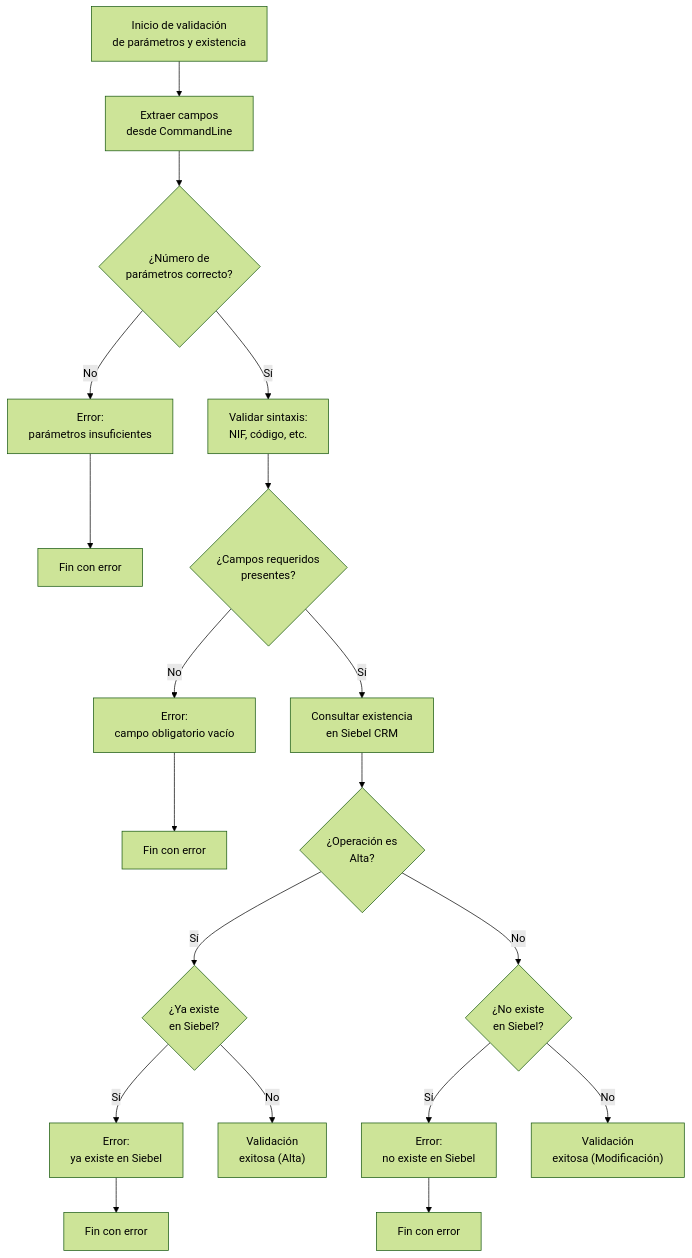
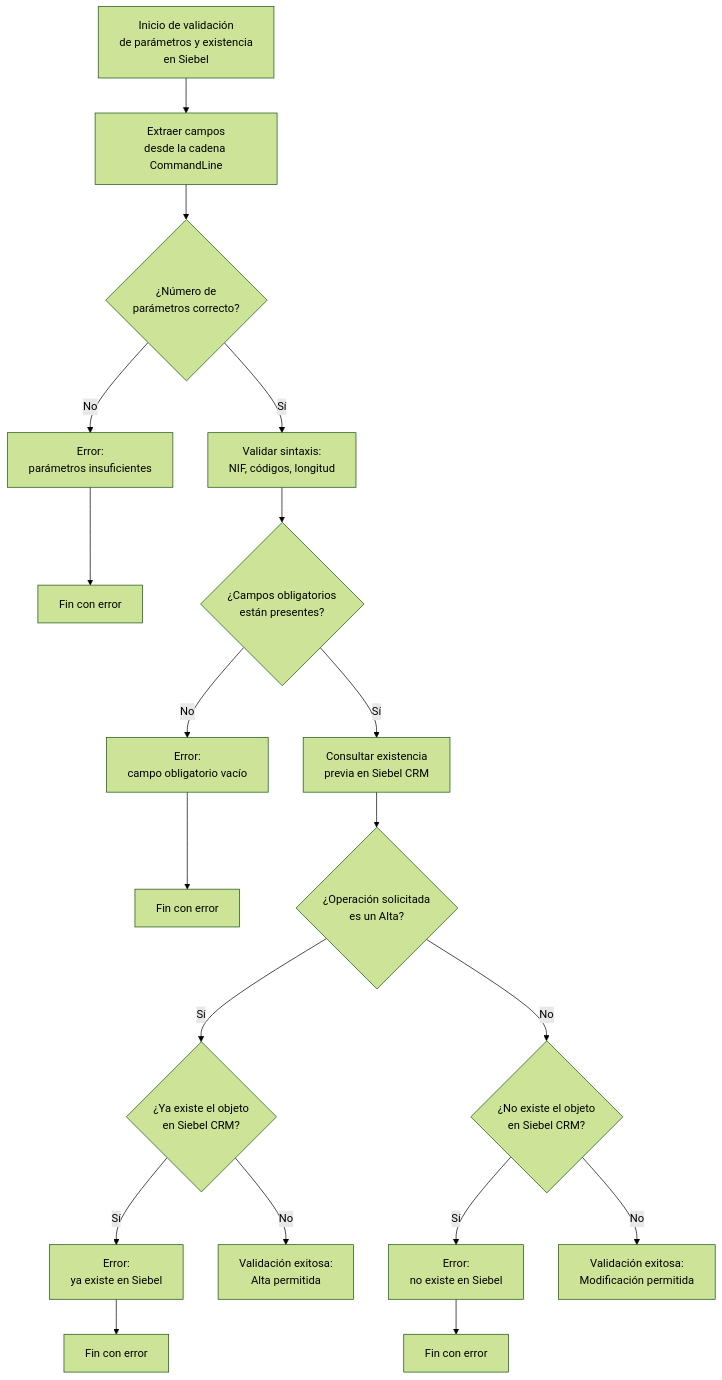
One commit to pepices/PBLEntradaUnica changed the diagram in readmeValidarParametros.md. Above: the diagram before and after it, drawn with Mermaid (forest theme).

Commit message:
Update Mermaid diagram text formatting

````diff
--- a/readmeValidarParametros.md
+++ b/readmeValidarParametros.md
@@ -9,27 +9,26 @@
 ```mermaid
 flowchart TD
-    Start["Inicio de validación</br>de parámetros y existencia"]
-    Start --> ParseParams["Extraer campos</br>desde CommandLine"]
+    Start["Inicio de validación</br>de parámetros y existencia</br>en Siebel"]
+    Start --> ParseParams["Extraer campos</br>desde la cadena CommandLine"]
     ParseParams --> CheckCount{"¿Número de</br>parámetros correcto?"}
     CheckCount -- No --> ErrorCount["Error:</br>parámetros insuficientes"]
     ErrorCount --> EndErr1["Fin con error"]
 
-    CheckCount -- Sí --> ValidateSyntax["Validar sintaxis:</br>NIF, código, etc."]
-    ValidateSyntax --> CheckFields{"¿Campos requeridos</br>presentes?"}
+    CheckCount -- Sí --> ValidateSyntax["Validar sintaxis:</br>NIF, códigos, longitud"]
+    ValidateSyntax --> CheckFields{"¿Campos obligatorios</br>están presentes?"}
     CheckFields -- No --> ErrorFields["Error:</br>campo obligatorio vacío"]
     ErrorFields --> EndErr2["Fin con error"]
 
-    CheckFields -- Sí --> CheckSiebel["Consultar existencia</br>en Siebel CRM"]
-    CheckSiebel --> IsAlta{"¿Operación es</br>Alta?"}
+    CheckFields -- Sí --> CheckSiebel["Consultar existencia</br>previa en Siebel CRM"]
+    CheckSiebel --> IsAlta{"¿Operación solicitada</br>es un Alta?"}
     
-    IsAlta -- Sí --> ExistsAlta{"¿Ya existe</br>en Siebel?"}
+    IsAlta -- Sí --> ExistsAlta{"¿Ya existe el objeto</br>en Siebel CRM?"}
     ExistsAlta -- Sí --> ErrorAlta["Error:</br>ya existe en Siebel"]
     ErrorAlta --> EndErr3["Fin con error"]
-    ExistsAlta -- No --> EndOk1["Validación</br>exitosa (Alta)"]
+    ExistsAlta -- No --> EndOk1["Validación exitosa:</br>Alta permitida"]
 
-    IsAlta -- No --> ExistsMod{"¿No existe</br>en Siebel?"}
+    IsAlta -- No --> ExistsMod{"¿No existe el objeto</br>en Siebel CRM?"}
     ExistsMod -- Sí --> ErrorMod["Error:</br>no existe en Siebel"]
     ErrorMod --> EndErr4["Fin con error"]
-    ExistsMod -- No --> EndOk2["Validación</br>exitosa (Modificación)"]
-
+    ExistsMod -- No --> EndOk2["Validación exitosa:</br>Modificación permitida"]
 ```
````
